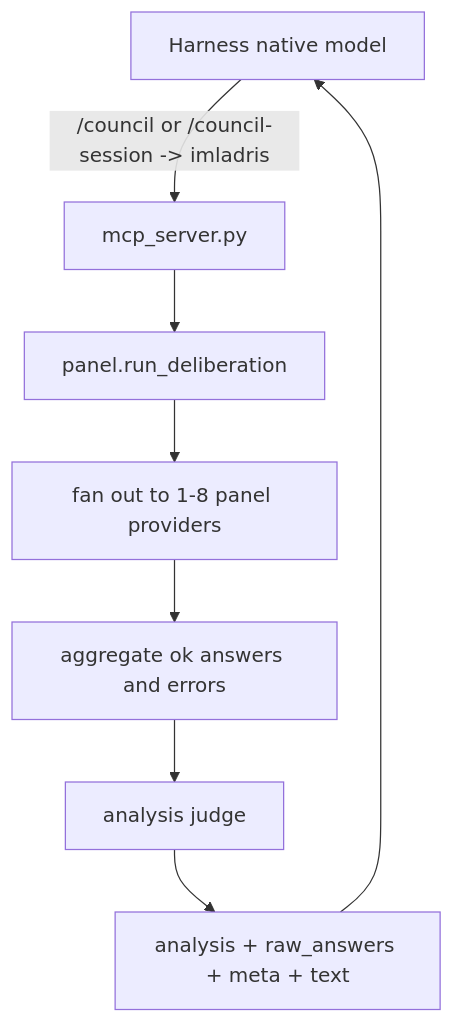
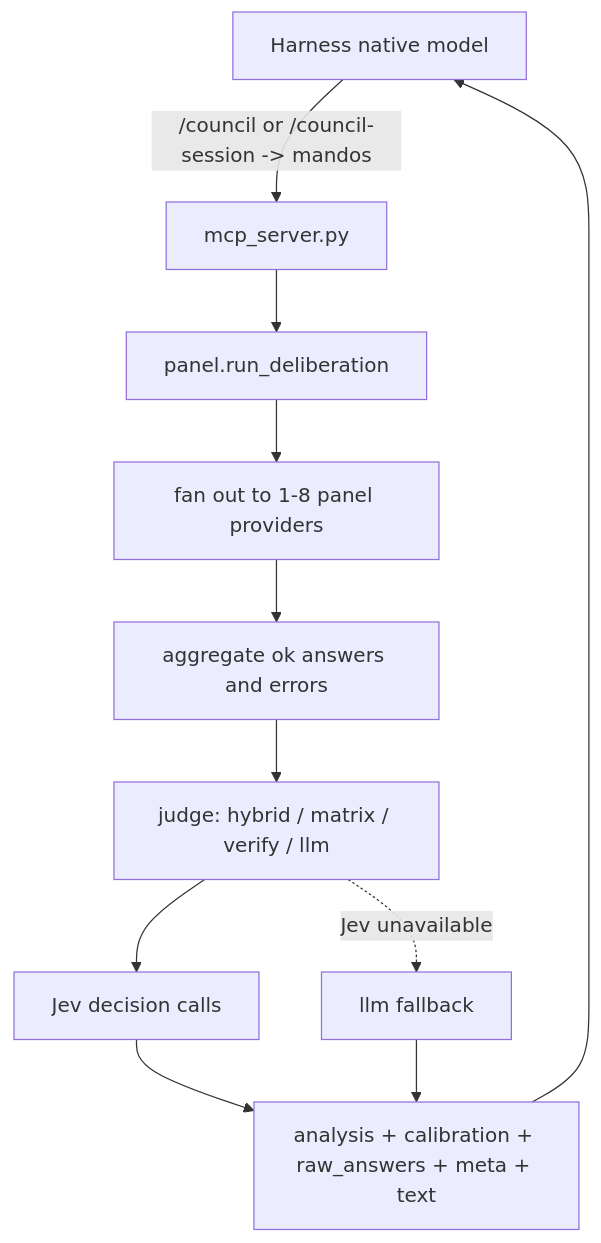
Before and after one commit to Fox-Islam/mandos: the diagram in docs/architecture/01-overview.md, drawn with Mermaid. The commit also changed other lines of this file and 86 other files, not shown here.

````diff
--- a/docs/architecture/01-overview.md
+++ b/docs/architecture/01-overview.md
@@ -73,10 +98,13 @@
 ```mermaid
 flowchart TD
-    H[Harness native model] -->|/council or /council-session -> imladris| MCP[mcp_server.py]
+    H[Harness native model] -->|/council or /council-session -> mandos| MCP[mcp_server.py]
     MCP --> P[panel.run_deliberation]
     P --> F[fan out to 1-8 panel providers]
     F --> A[aggregate ok answers and errors]
-    A --> J[analysis judge]
-    J --> R[analysis + raw_answers + meta + text]
+    A --> J[judge: hybrid / matrix / verify / llm]
+    J --> V[Jev decision calls]
+    V --> R[analysis + calibration + raw_answers + meta + text]
+    J -.->|Jev unavailable| L[llm fallback]
+    L --> R
     R --> H
 ```
````
